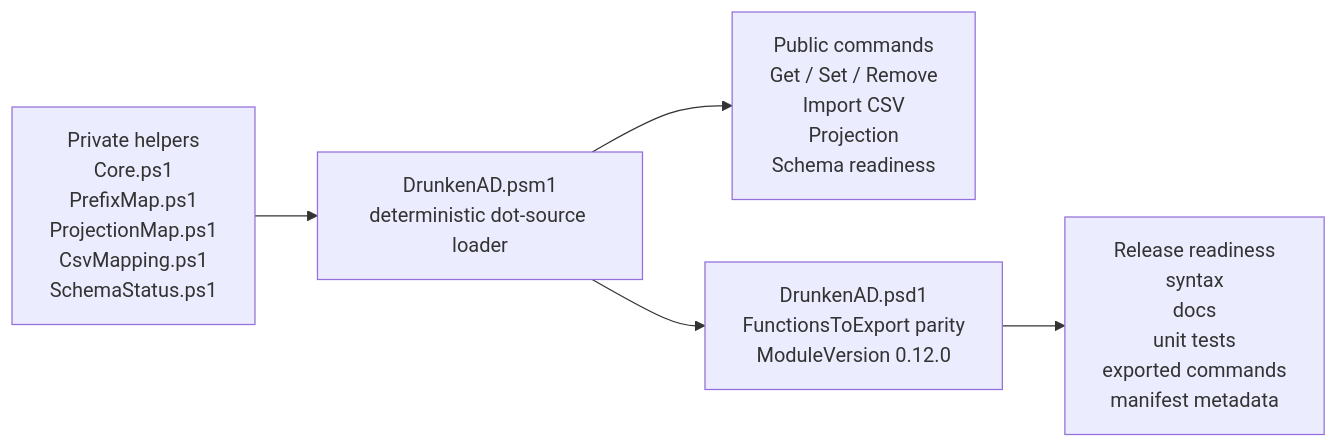
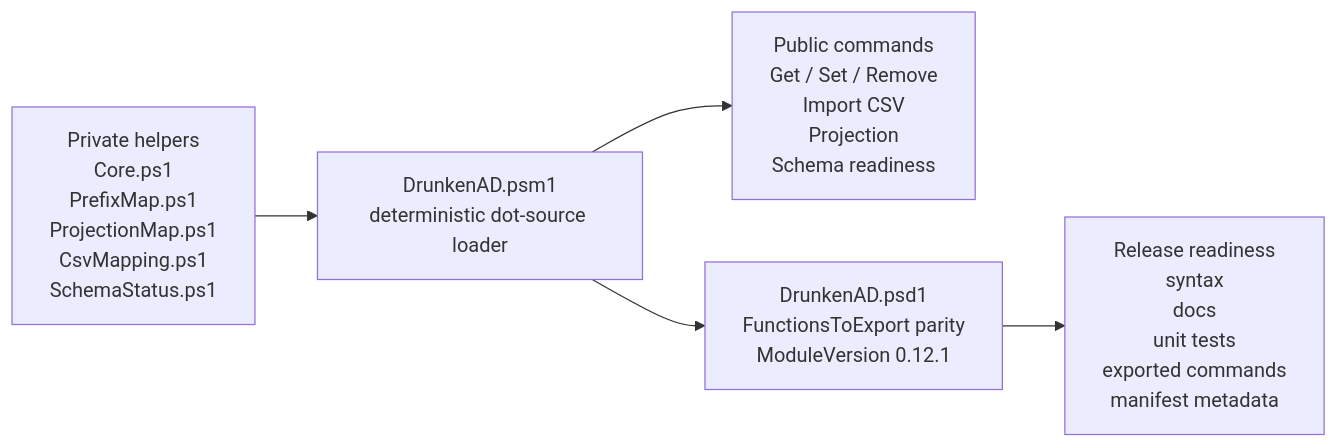
The diagram in docs/diagrams/module-layout.mmd (jonathanweinberg/DrunkenAD), drawn with Mermaid before and after one commit. The commit also changed 5 other files, not shown here.

```diff
--- a/docs/diagrams/module-layout.mmd
+++ b/docs/diagrams/module-layout.mmd
@@ -1,11 +1,11 @@
 flowchart LR
     PRIVATE["Private helpers<br/>Core.ps1<br/>PrefixMap.ps1<br/>ProjectionMap.ps1<br/>CsvMapping.ps1<br/>SchemaStatus.ps1"]
     ROOT["DrunkenAD.psm1<br/>deterministic dot-source loader"]
     PUBLIC["Public commands<br/>Get / Set / Remove<br/>Import CSV<br/>Projection<br/>Schema readiness"]
-    MANIFEST["DrunkenAD.psd1<br/>FunctionsToExport parity<br/>ModuleVersion 0.12.0"]
+    MANIFEST["DrunkenAD.psd1<br/>FunctionsToExport parity<br/>ModuleVersion 0.12.1"]
     RELEASE["Release readiness<br/>syntax<br/>docs<br/>unit tests<br/>exported commands<br/>manifest metadata"]
 
     PRIVATE --> ROOT
     ROOT --> PUBLIC
     ROOT --> MANIFEST
     MANIFEST --> RELEASE
```
